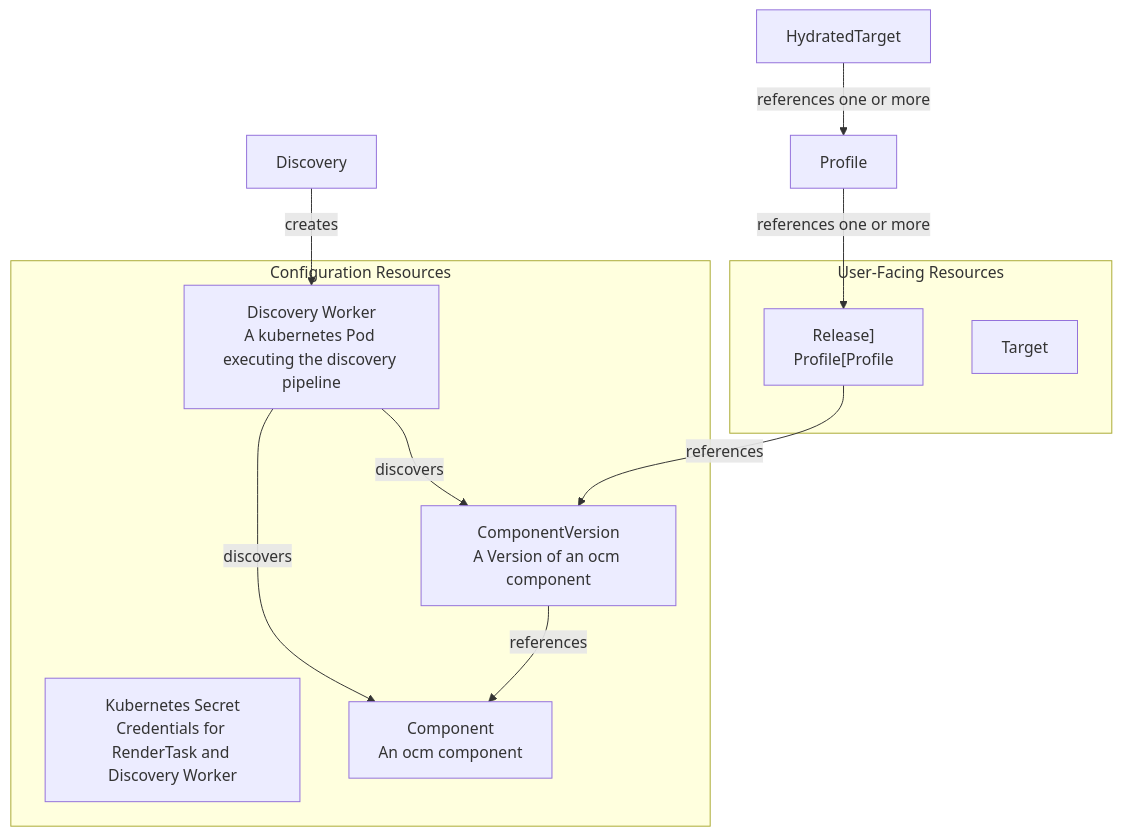
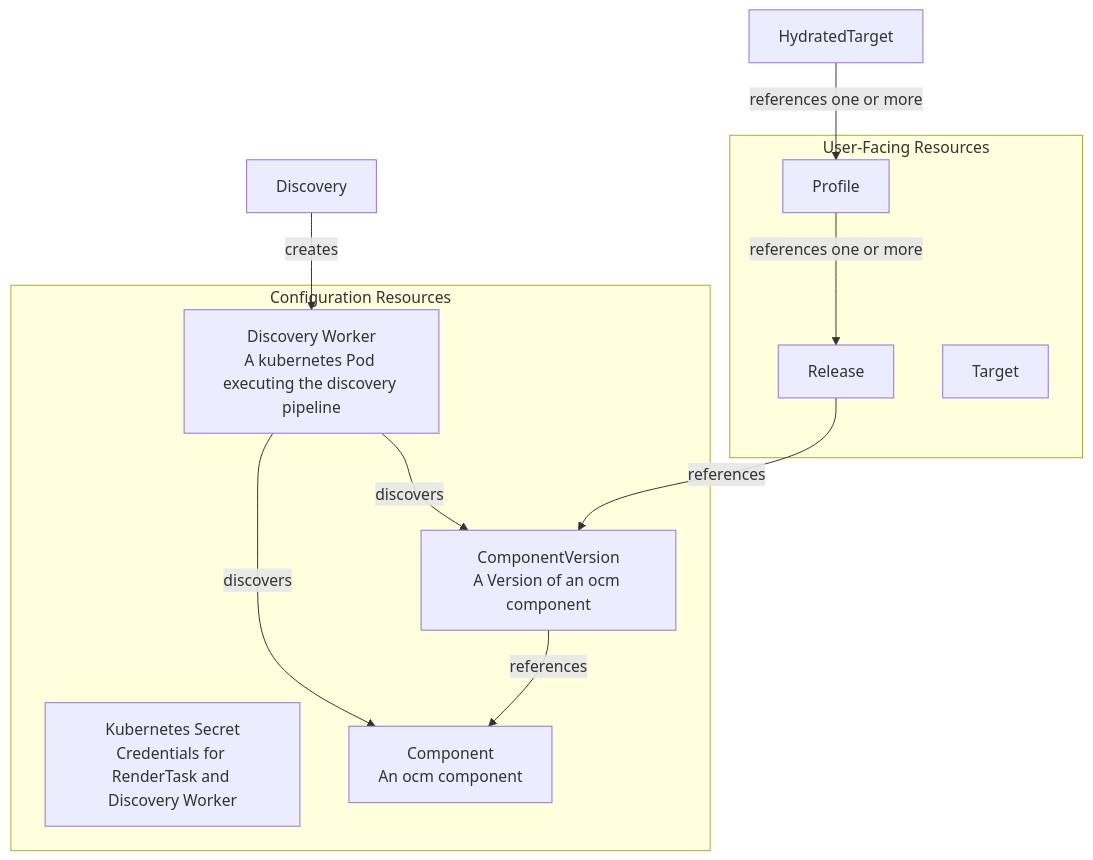
Before and after one commit to opendefensecloud/solution-arsenal: the second of 3 diagrams in docs/developer-guide/architecture.md, drawn with Mermaid. The commit also changed 3 other files, not shown here.

````diff
--- a/docs/developer-guide/architecture.md
+++ b/docs/developer-guide/architecture.md
@@ -58,28 +58,28 @@
 ```mermaid
 graph TB
     subgraph "User-Facing Resources"
-        Release["Release]
-        Profile["Profile]
+        Release["Release"]
+        Profile["Profile"]
         Target["Target"]
     end
 
     subgraph "Configuration Resources"
         Secret["Kubernetes Secret<br/>Credentials for RenderTask and Discovery Worker"]
         Component["Component<br/>An ocm component"]
         ComponentVersion["ComponentVersion<br/>A Version of an ocm component"]
         DiscoveryWorker["Discovery Worker<br/>A kubernetes Pod executing the discovery pipeline"]
     end
 
     Discovery --> |"creates"| DiscoveryWorker
 
     DiscoveryWorker --> |"discovers"| ComponentVersion
     DiscoveryWorker --> |"discovers"| Component
 
     ComponentVersion --> |"references"| Component
 
     Release -->|"references"| ComponentVersion
 
     Profile -->|"references one or more"| Release
 
     HydratedTarget -->|"references one or more"| Profile
 ```
````
